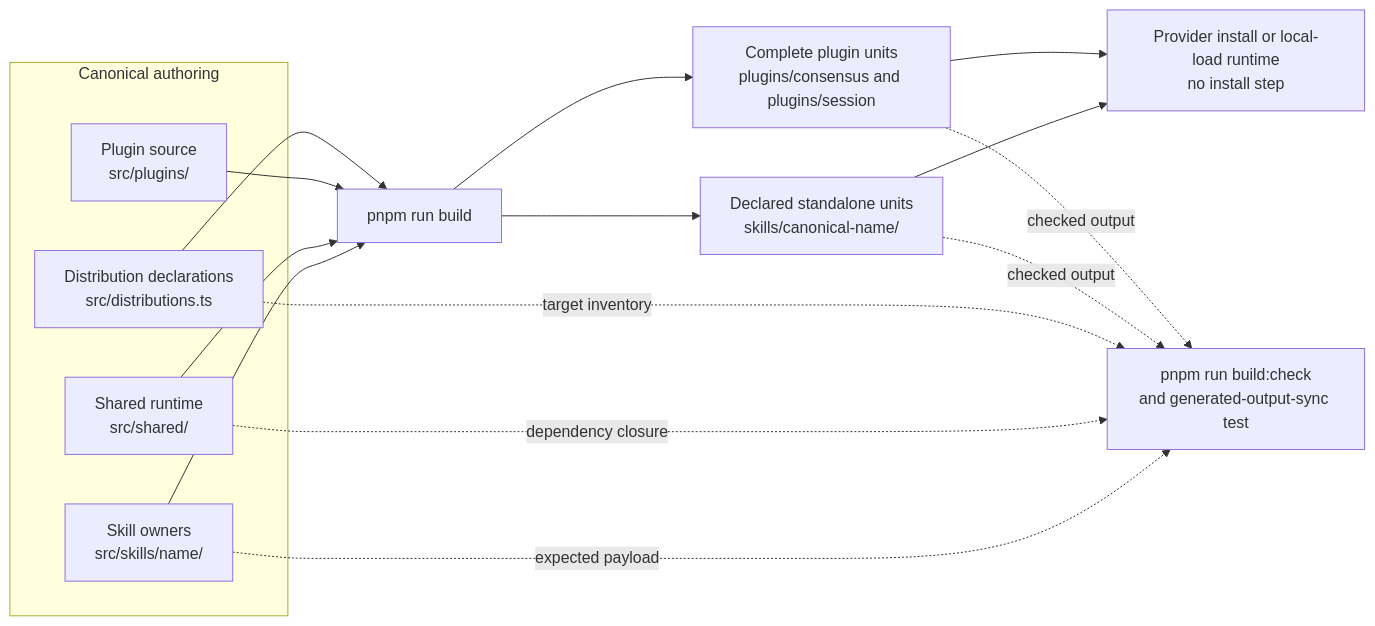
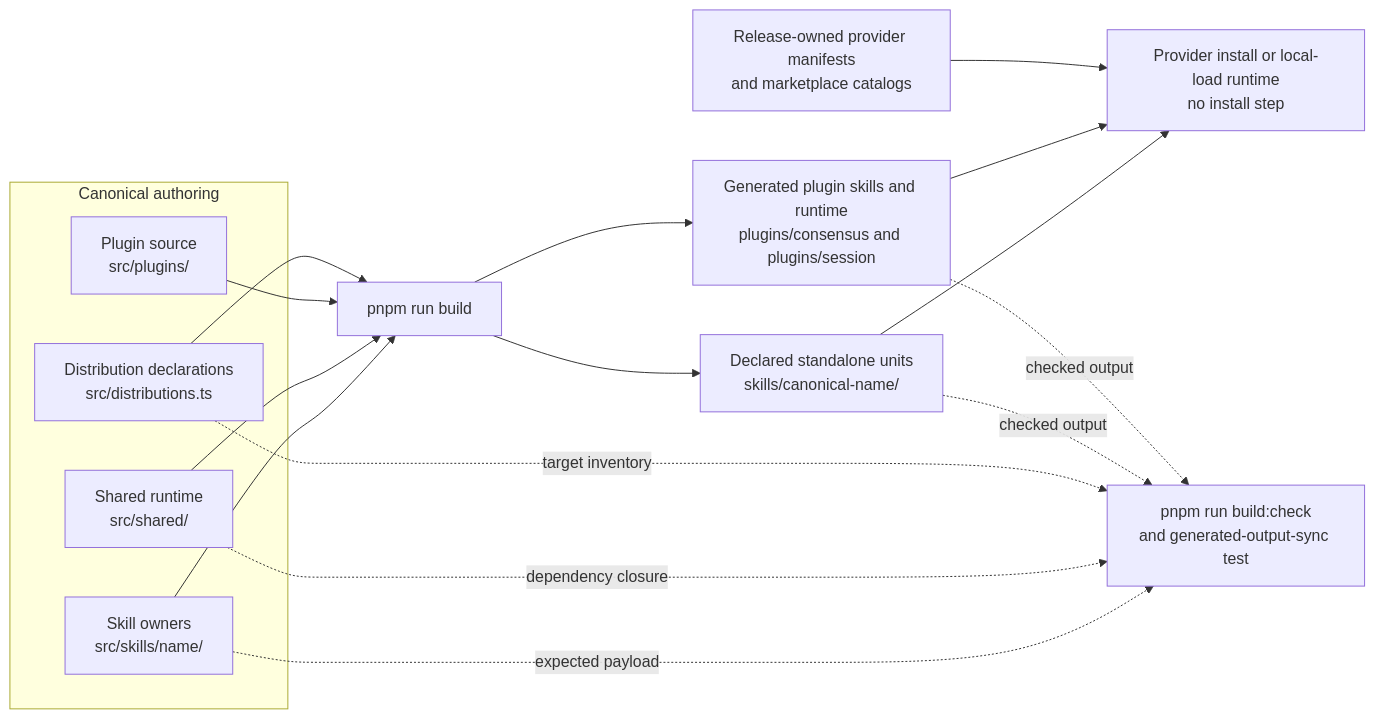
Before and after one commit to tkstang/skills: the first of 2 diagrams in documentation/docs/engineering/architecture/generated-runtime.md, drawn with Mermaid. The commit also changed other lines of this file and 27 other files, not shown here.

Commit message:
docs: clarify skill architecture and contributor workflows

````diff
--- a/documentation/docs/engineering/architecture/generated-runtime.md
+++ b/documentation/docs/engineering/architecture/generated-runtime.md
@@ -31,27 +31,29 @@
 ```mermaid
 flowchart LR
   subgraph authoring["Canonical authoring"]
     SKILLS["Skill owners<br/>src/skills/name/"]
     SHARED["Shared runtime<br/>src/shared/"]
     PLUGINS["Plugin source<br/>src/plugins/"]
     DECL["Distribution declarations<br/>src/distributions.ts"]
   end
 
   BUILD["pnpm run build"]
+  RELEASE["Release-owned provider manifests<br/>and marketplace catalogs"]
   STANDALONE["Declared standalone units<br/>skills/canonical-name/"]
-  PLUGINOUT["Complete plugin units<br/>plugins/consensus and plugins/session"]
+  PLUGINOUT["Generated plugin skills and runtime<br/>plugins/consensus and plugins/session"]
   CHECK["pnpm run build:check<br/>and generated-output-sync test"]
   RUNTIME["Provider install or local-load runtime<br/>no install step"]
 
   SKILLS --> BUILD
   SHARED --> BUILD
   PLUGINS --> BUILD
   DECL --> BUILD
   BUILD --> STANDALONE --> RUNTIME
   BUILD --> PLUGINOUT --> RUNTIME
+  RELEASE --> RUNTIME
   SKILLS -.->|expected payload| CHECK
   SHARED -.->|dependency closure| CHECK
   DECL -.->|target inventory| CHECK
   STANDALONE -.->|checked output| CHECK
   PLUGINOUT -.->|checked output| CHECK
 ```
````
